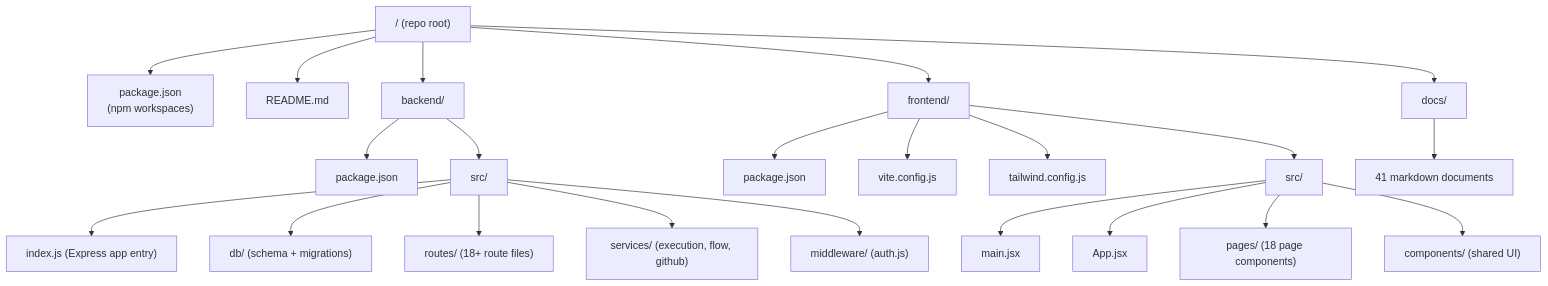
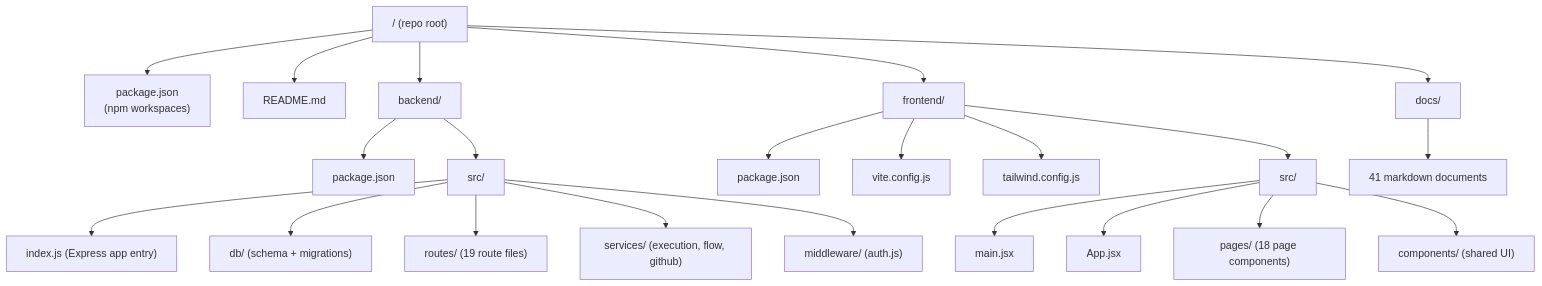
One commit to garciarsdiego/Foundry-Git changed the first of 2 diagrams in docs/30-repo-map.md. Above: the diagram before and after it, drawn with Mermaid. The commit also changed 1 other file, not shown here.

Commit message:
docs: fix route count consistency (18+ -> 19) and add explicit route group count note
- 30-repo-map.md: update diagram label from '18+ route files' to '19 route files'
- 03-api-reference.md: add explicit callout confirming 19 route groups documented

````diff
--- a/docs/30-repo-map.md
+++ b/docs/30-repo-map.md
@@ -9,28 +9,28 @@
 ```mermaid
 graph TD
     ROOT["/ (repo root)"]
     ROOT --> PKG["package.json<br/>(npm workspaces)"]
     ROOT --> README["README.md"]
     ROOT --> BACKEND["backend/"]
     ROOT --> FRONTEND["frontend/"]
     ROOT --> DOCS["docs/"]
 
     BACKEND --> BPKG["package.json"]
     BACKEND --> BSRC["src/"]
     BSRC --> BIDX["index.js (Express app entry)"]
     BSRC --> BDB["db/ (schema + migrations)"]
-    BSRC --> BROUTES["routes/ (18+ route files)"]
+    BSRC --> BROUTES["routes/ (19 route files)"]
     BSRC --> BSERVICES["services/ (execution, flow, github)"]
     BSRC --> BMIDDLEWARE["middleware/ (auth.js)"]
 
     FRONTEND --> FPKG["package.json"]
     FRONTEND --> FVITE["vite.config.js"]
     FRONTEND --> FTAIL["tailwind.config.js"]
     FRONTEND --> FSRC["src/"]
     FSRC --> FMAIN["main.jsx"]
     FSRC --> FAPP["App.jsx"]
     FSRC --> FPAGES["pages/ (18 page components)"]
     FSRC --> FCOMPONENTS["components/ (shared UI)"]
 
     DOCS --> DDOCS["41 markdown documents"]
 ```
````
